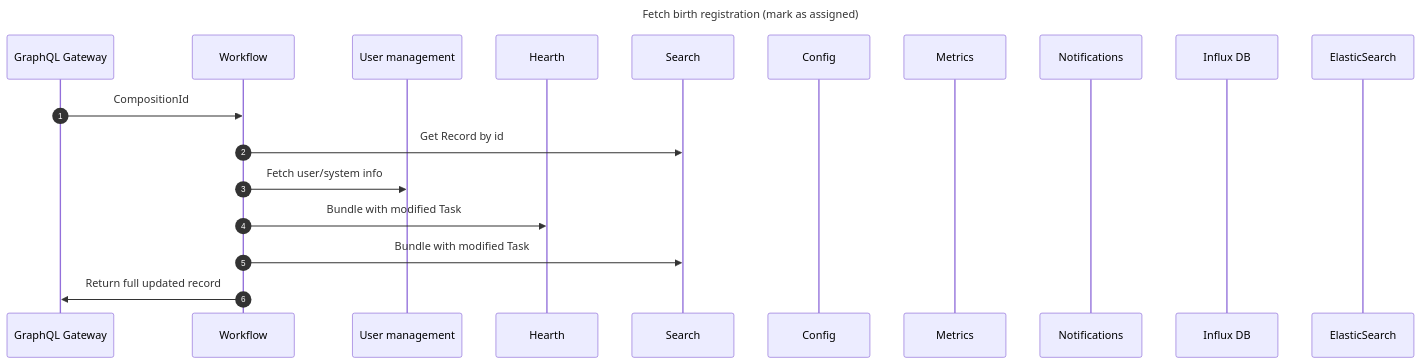
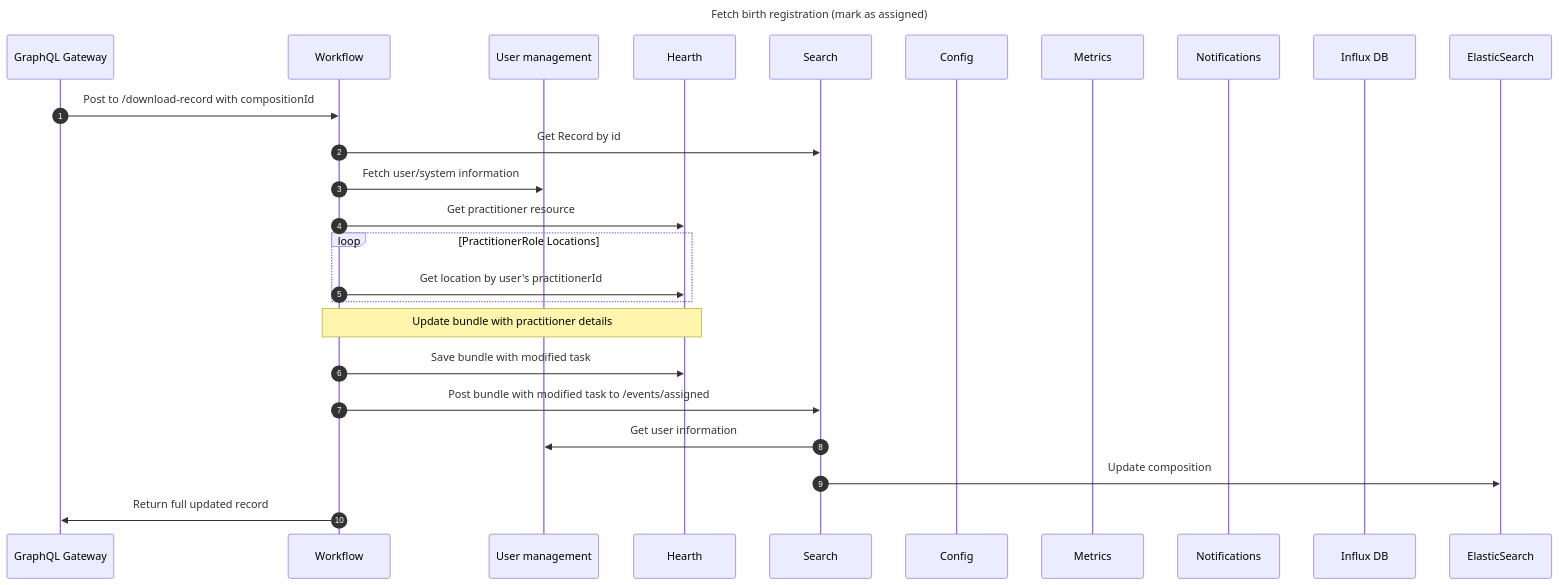
The diagram in sequence-diagrams/backend/mark-birth-as-assigned.md (opencrvs/opencrvs-core), drawn with Mermaid before and after one commit.

Commit message:
Update sequence diagram of download workflow

````diff
--- a/sequence-diagrams/backend/mark-birth-as-assigned.md
+++ b/sequence-diagrams/backend/mark-birth-as-assigned.md
@@ -3,29 +3,39 @@
 ```mermaid
 ---
 title: Fetch birth registration (mark as assigned)
 ---
 
 sequenceDiagram
     autonumber
     participant GraphQL Gateway
     participant Workflow
     participant User management
     participant Hearth
     participant Search
     participant Config
     participant Metrics
     participant Notifications
     participant Influx DB
     participant ElasticSearch
 
     % markRecordAsDownloadedOrAssigned
       % getTaskEntry
-    GraphQL Gateway->>Workflow: CompositionId
+    GraphQL Gateway->>Workflow: Post to /download-record with compositionId
     Workflow->>Search: Get Record by id
 
-    Workflow->>User management: Fetch user/system info
-    Workflow->>Hearth: Bundle with modified Task
-    Workflow->>Search: Bundle with modified Task
+    Workflow->>User management: Fetch user/system information
+    Workflow->>Hearth: Get practitioner resource
+
+    loop PractitionerRole Locations
+      Workflow->>Hearth: Get location by user's practitionerId
+    end
+    Note over Workflow,Hearth: Update bundle with practitioner details
+
+    Workflow->>Hearth: Save bundle with modified task
+    Workflow->>Search: Post bundle with modified task to /events/assigned
+
+    Search->>User management: Get user information
+    Search->>ElasticSearch: Update composition
 
     Workflow->>GraphQL Gateway: Return full updated record
 ```
````
